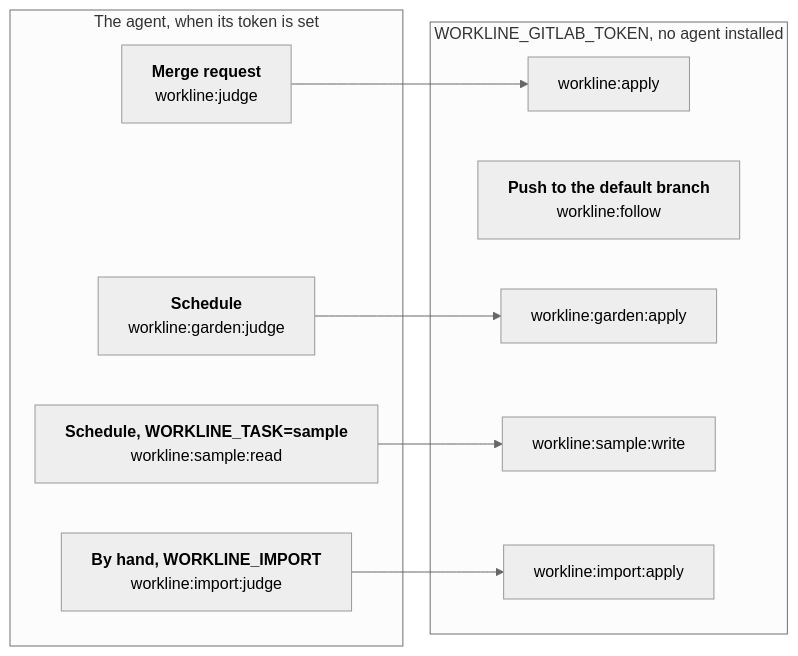
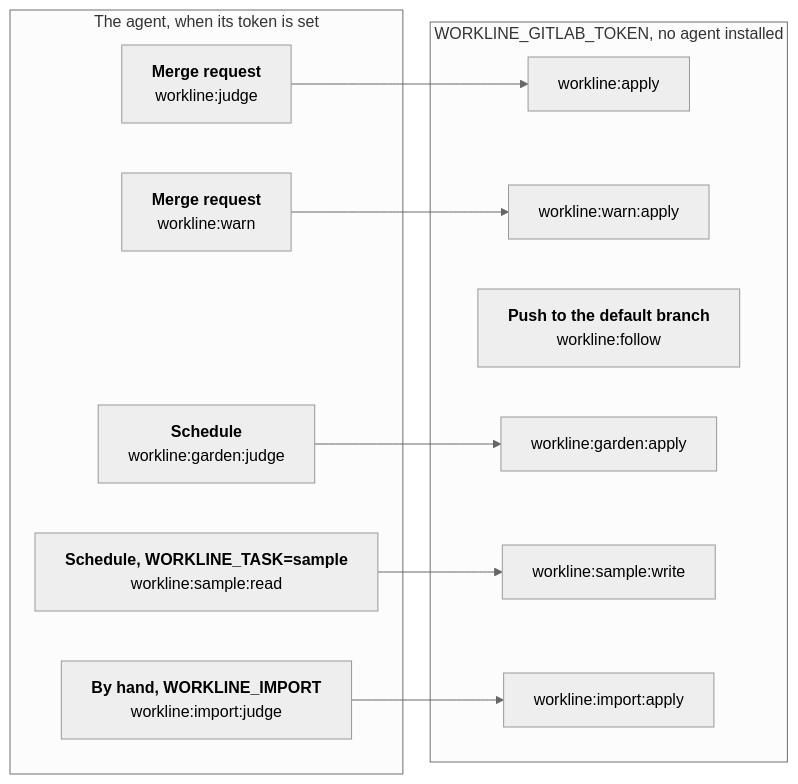
The diagram in docs/ci-gitlab.md (JN0V/workline), drawn with Mermaid (neutral theme) before and after one commit. The commit also changed other lines of this file and 77 other files, not shown here.

````diff
--- a/docs/ci-gitlab.md
+++ b/docs/ci-gitlab.md
@@ -11,21 +11,24 @@
 ```mermaid
 %%{init: {"flowchart": {"wrappingWidth": 400}}}%%
 flowchart LR
   subgraph reads["The agent, when its token is set"]
     judge["<b>Merge request</b><br/>workline:judge"]
+    warn["<b>Merge request</b><br/>workline:warn"]
     garden["<b>Schedule</b><br/>workline:garden:judge"]
     sample["<b>Schedule, WORKLINE_TASK=sample</b><br/>workline:sample:read"]
     import["<b>By hand, WORKLINE_IMPORT</b><br/>workline:import:judge"]
   end
   subgraph writes["WORKLINE_GITLAB_TOKEN, no agent installed"]
     apply["workline:apply"]
+    wapply["workline:warn:apply"]
     follow["<b>Push to the default branch</b><br/>workline:follow"]
     gapply["workline:garden:apply"]
     swrite["workline:sample:write"]
     iapply["workline:import:apply"]
   end
   judge --> apply
+  warn --> wapply
   garden --> gapply
   sample --> swrite
   import --> iapply
 ```
````
